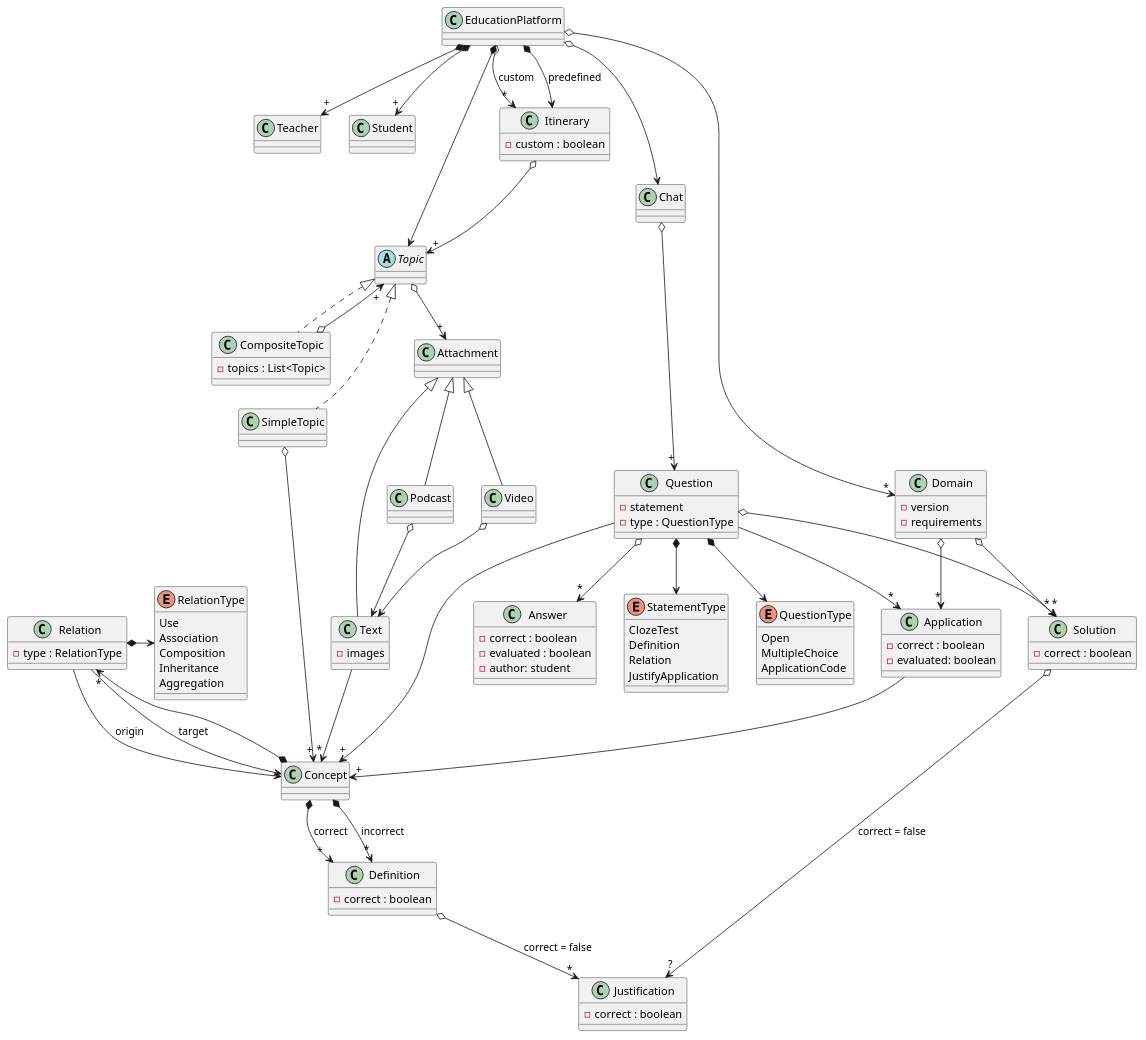
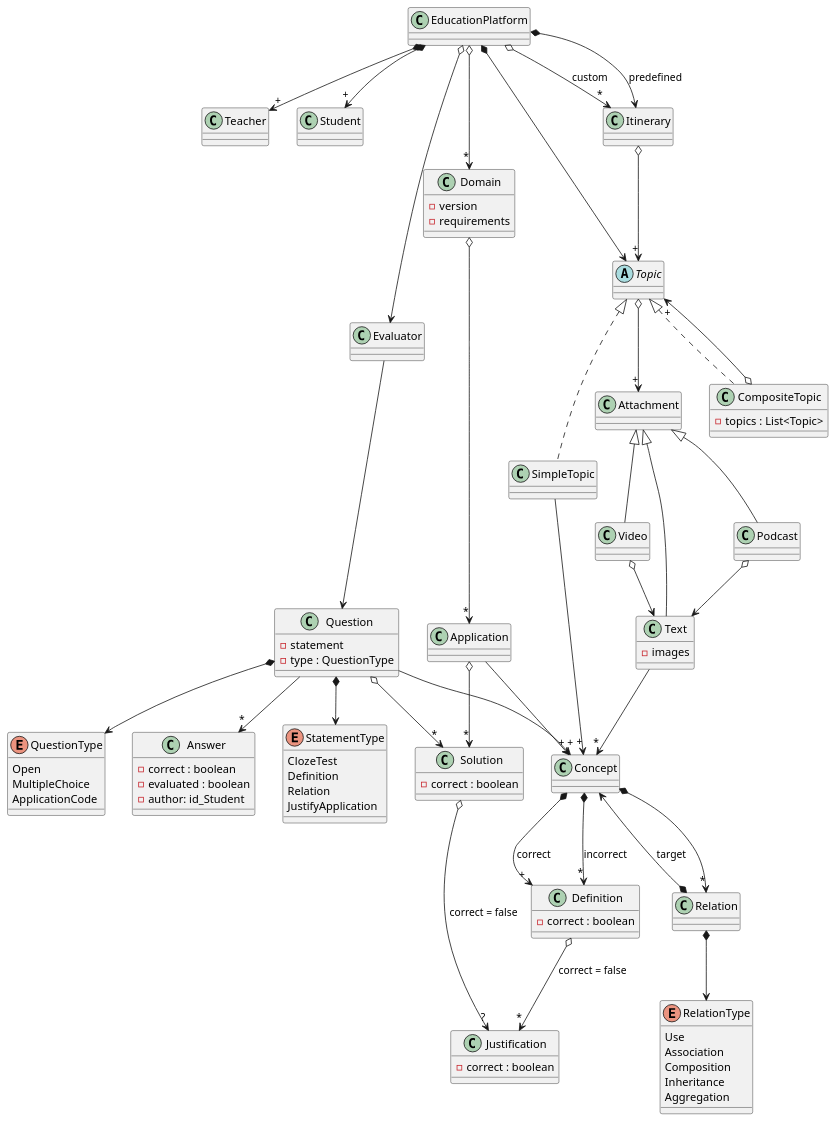
Before and after one commit to jumpering/lab-turing: the diagram in Diagrams/EducationPlatform/Domain.puml, drawn with PlantUML.

Commit message:
Tutoria7

```diff
--- a/Diagrams/EducationPlatform/Domain.puml
+++ b/Diagrams/EducationPlatform/Domain.puml
@@ -1,127 +1,121 @@
 @startuml EducationPlatformDomain
 
 class EducationPlatform {
 }
 EducationPlatform *--> "+" Teacher
 EducationPlatform *--> "+" Student
 EducationPlatform *--> Topic
 EducationPlatform *--> Itinerary : predefined
 EducationPlatform o--> "*" Itinerary : custom
-EducationPlatform o--> Chat
+EducationPlatform o--> Evaluator
 EducationPlatform o--> "*" Domain
 
 class Itinerary {
-    - custom : boolean
 }
 Itinerary o--> "+" Topic
 
 abstract Topic{
 }
 Topic <|.. CompositeTopic
 Topic <|.. SimpleTopic
 Topic o--> "+" Attachment
 
 class SimpleTopic{
 }
-SimpleTopic o--> "+" Concept
+SimpleTopic --> "+" Concept
 
 class CompositeTopic{
     - topics : List<Topic> 
 }
 CompositeTopic o--> "+" Topic
 
 class Attachment {
 }
 Attachment <|-- Podcast
 Attachment <|-- Video
 Attachment <|-- Text
 Podcast o--> Text
 Video o--> Text
 
 class Text {
     - images
 }
 Text -->"*" Concept
 
 class Domain {
     - version
     - requirements
 }
 Domain o-->"*" Application
-Domain o--> "*" Solution
+Application o--> "*" Solution
 
 class Application {
-    - correct : boolean
-    - evaluated: boolean
 }
 Application -->"+" Concept
 
-class Chat {
+class Evaluator {
 }
-Chat o--> "+" Question
+Evaluator --> Question
 
 class Question {
     - statement
     - type : QuestionType
 }
 Question -->"+" Concept
-Question -->"*" Application
-Question o-->"*" Answer
+Question -->"*" Answer
 Question *--> StatementType
 Question o--> "*" Solution
 Question *--> QuestionType
 
 enum QuestionType {
     Open
     MultipleChoice
     ApplicationCode
 }
 enum StatementType {
     ClozeTest
     Definition
     Relation
     JustifyApplication
 }
 
 class Concept {
 }
 Concept *--> "+" Definition : correct
 Concept *--> "*" Definition : incorrect
 Concept *--> "*" Relation
 
 class Definition {
     - correct : boolean
 }
 Definition o-->"*" Justification :correct = false
 
 class Justification {
     - correct : boolean
 }
 
 class Relation {
-    - type : RelationType
 }
-Relation --> Concept : origin
-Relation --> Concept : target
-Relation *-right-> RelationType
+Relation *--> Concept : target
+Relation *--> RelationType
 
 enum RelationType {
     Use
     Association
     Composition
     Inheritance
     Aggregation
 }
 
 class Solution{
     - correct : boolean
 }
 Solution o--> "?" Justification : correct = false
 
 class Answer {
     - correct : boolean
     - evaluated : boolean
-    - author: student
+    - author: id_Student
 }
 
 @enduml
```
